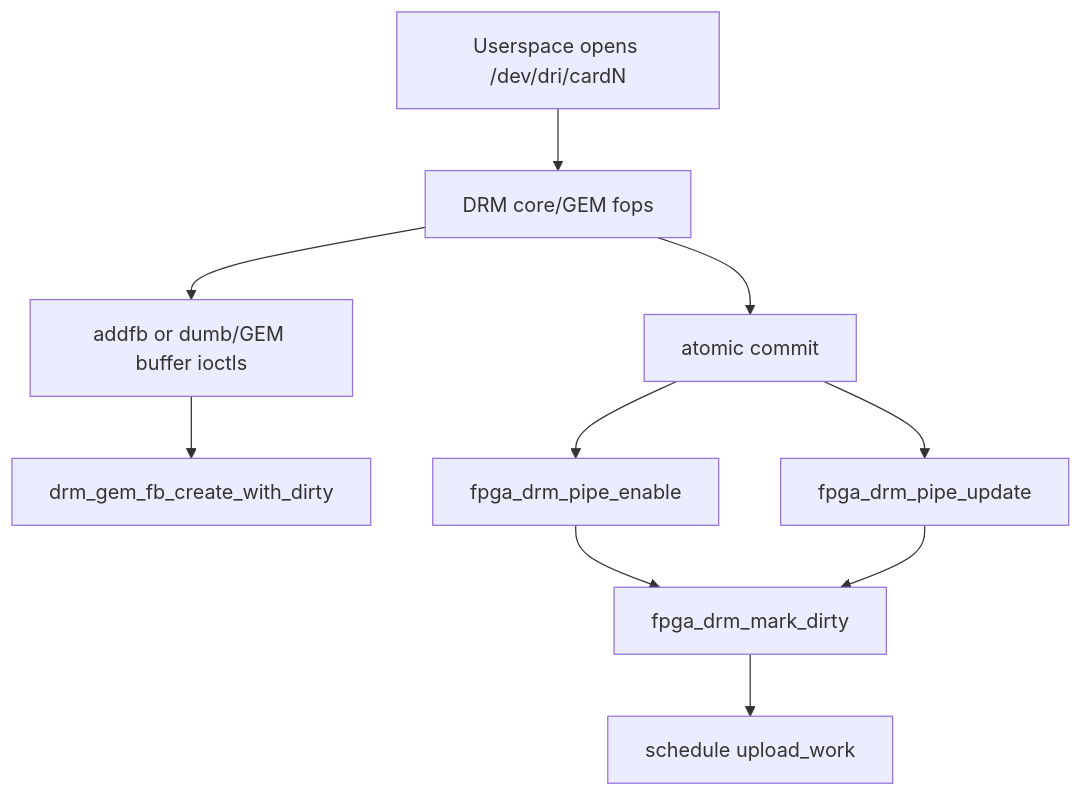
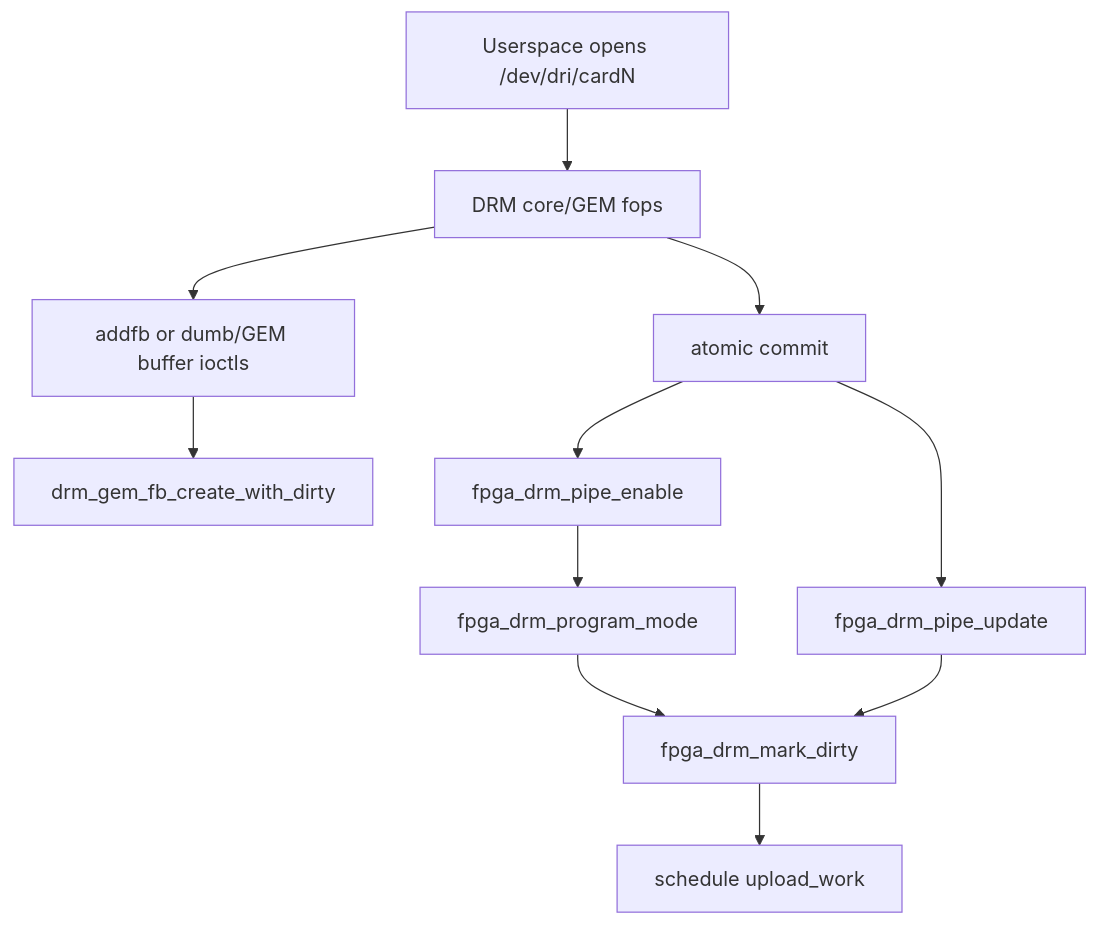
The second of 6 diagrams in doc/Linux_DRM_Driver_AI_GEN_documents/call_graph.md (alpkoyun/Simple-Display-Controller), drawn with Mermaid before and after one commit. The commit also changed other lines of this file and 19 other files, not shown here.

````diff
--- a/doc/Linux_DRM_Driver_AI_GEN_documents/call_graph.md
+++ b/doc/Linux_DRM_Driver_AI_GEN_documents/call_graph.md
@@ -45,12 +45,13 @@
 ```mermaid
 flowchart TD
     App[Userspace opens /dev/dri/cardN] --> Core[DRM core/GEM fops]
     Core --> AddFB[addfb or dumb/GEM buffer ioctls]
     AddFB --> FBCreate[drm_gem_fb_create_with_dirty]
     Core --> Commit[atomic commit]
     Commit --> Enable[fpga_drm_pipe_enable]
     Commit --> Update[fpga_drm_pipe_update]
-    Enable --> Mark[fpga_drm_mark_dirty]
+    Enable --> Mode[fpga_drm_program_mode]
+    Mode --> Mark[fpga_drm_mark_dirty]
     Update --> Mark
     Mark --> Schedule[schedule upload_work]
 ```
````
